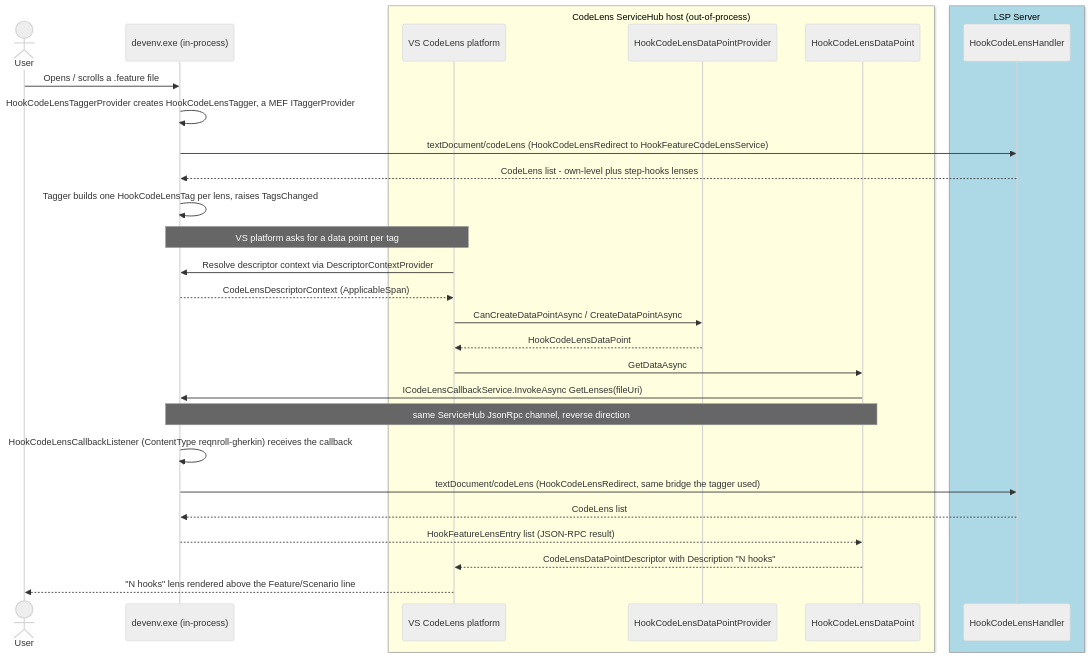
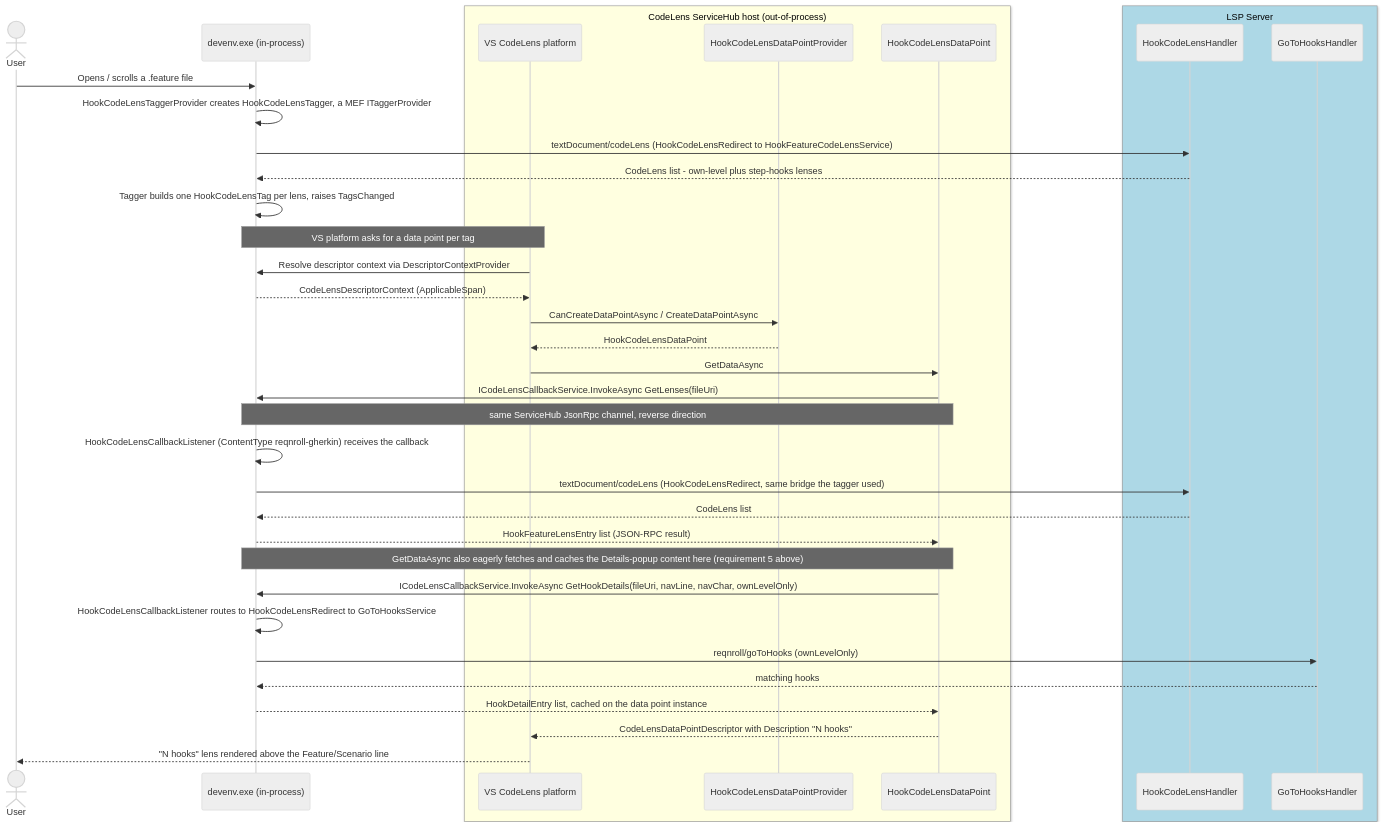
One commit to reqnroll/Reqnroll.IdeSupport changed diagram 20 of 21 in docs/LSP-IDE-Support-Feature-Designs.md. Above: the diagram before and after it, drawn with Mermaid (neutral theme). The commit also changed other lines of this file, not shown here.

Commit message:
docs: document the Details-popup deadlock fix (F24 requirement 5)
Adds the fifth platform requirement found live (GetDetailsAsync must not
make its own callback round-trip) and updates the component inventory and
both execution-flow diagrams to reflect that GetDataAsync now eagerly
fetches and caches Details-popup content instead.

````diff
--- a/docs/LSP-IDE-Support-Feature-Designs.md
+++ b/docs/LSP-IDE-Support-Feature-Designs.md
@@ -1640,37 +1641,46 @@
 ```mermaid
 sequenceDiagram
     actor User
     participant IDE as devenv.exe (in-process)
 
     box LightYellow CodeLens ServiceHub host (out-of-process)
         participant Wrap as VS CodeLens platform
         participant Prov as HookCodeLensDataPointProvider
         participant DP as HookCodeLensDataPoint
     end
 
     box LightBlue LSP Server
         participant HCH as HookCodeLensHandler
+        participant GTH as GoToHooksHandler
     end
 
     User->>IDE: Opens / scrolls a .feature file
     IDE->>IDE: HookCodeLensTaggerProvider creates HookCodeLensTagger, a MEF ITaggerProvider
     IDE->>HCH: textDocument/codeLens (HookCodeLensRedirect to HookFeatureCodeLensService)
     HCH-->>IDE: CodeLens list - own-level plus step-hooks lenses
     IDE->>IDE: Tagger builds one HookCodeLensTag per lens, raises TagsChanged
 
     Note over IDE,Wrap: VS platform asks for a data point per tag
     Wrap->>IDE: Resolve descriptor context via DescriptorContextProvider
     IDE-->>Wrap: CodeLensDescriptorContext (ApplicableSpan)
     Wrap->>Prov: CanCreateDataPointAsync / CreateDataPointAsync
     Prov-->>Wrap: HookCodeLensDataPoint
 
     Wrap->>DP: GetDataAsync
     DP->>IDE: ICodeLensCallbackService.InvokeAsync GetLenses(fileUri)
     Note over DP,IDE: same ServiceHub JsonRpc channel, reverse direction
     IDE->>IDE: HookCodeLensCallbackListener (ContentType reqnroll-gherkin) receives the callback
     IDE->>HCH: textDocument/codeLens (HookCodeLensRedirect, same bridge the tagger used)
     HCH-->>IDE: CodeLens list
     IDE-->>DP: HookFeatureLensEntry list (JSON-RPC result)
+
+    Note over DP,IDE: GetDataAsync also eagerly fetches and caches the Details-popup content here (requirement 5 above)
+    DP->>IDE: ICodeLensCallbackService.InvokeAsync GetHookDetails(fileUri, navLine, navChar, ownLevelOnly)
+    IDE->>IDE: HookCodeLensCallbackListener routes to HookCodeLensRedirect to GoToHooksService
+    IDE->>GTH: reqnroll/goToHooks (ownLevelOnly)
+    GTH-->>IDE: matching hooks
+    IDE-->>DP: HookDetailEntry list, cached on the data point instance
+
     DP-->>Wrap: CodeLensDataPointDescriptor with Description "N hooks"
     Wrap-->>User: "N hooks" lens rendered above the Feature/Scenario line
 ```
````
